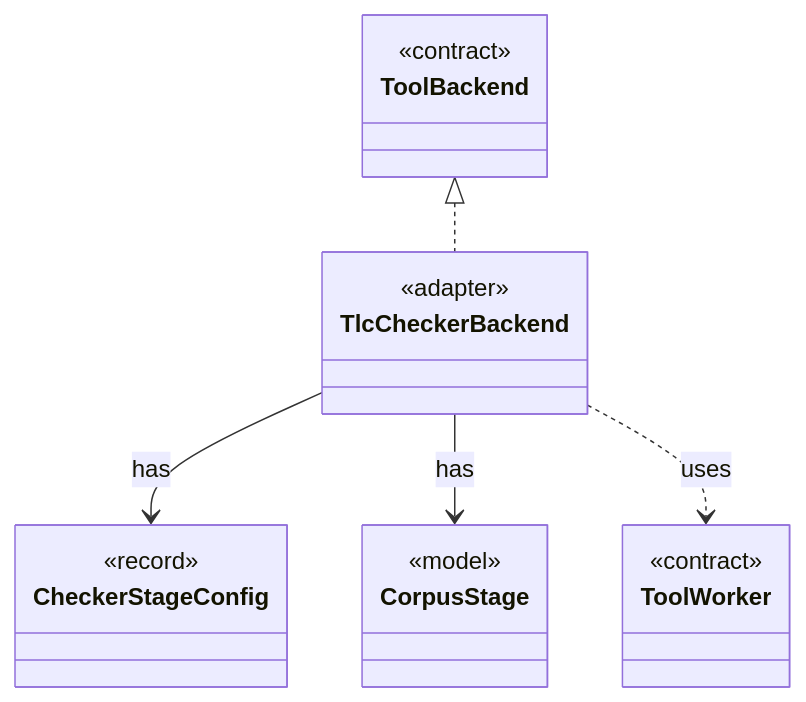
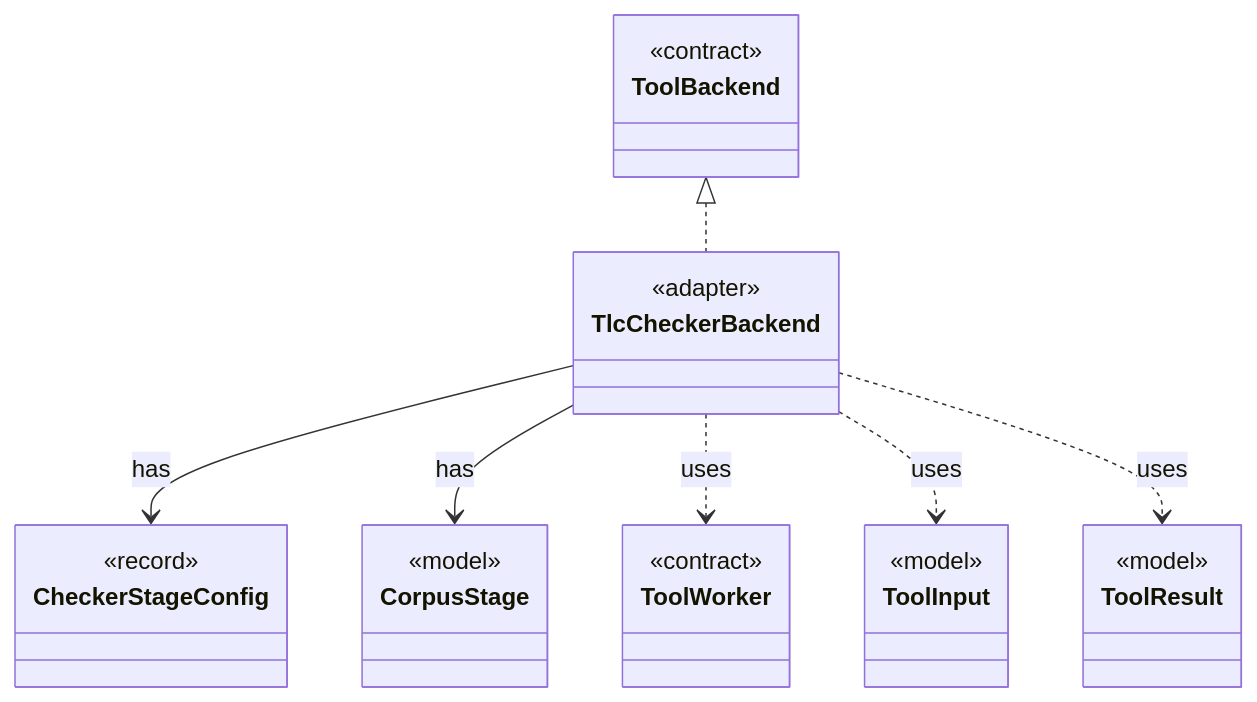
The diagram in dev/types/io.github.tlaplus.hardening.workflow.tlc.TlcCheckerBackend.md (tlaplus/model-checker-hardening), drawn with Mermaid before and after one commit. The commit also changed other lines of this file and 408 other files, not shown here.

````diff
--- a/dev/types/io.github.tlaplus.hardening.workflow.tlc.TlcCheckerBackend.md
+++ b/dev/types/io.github.tlaplus.hardening.workflow.tlc.TlcCheckerBackend.md
@@ -7,22 +7,30 @@
 ```mermaid
 classDiagram
   class TlcCheckerBackend {
     <<adapter>>
   }
   class ToolBackend {
     <<contract>>
   }
   class CheckerStageConfig {
     <<record>>
   }
   class CorpusStage {
     <<model>>
   }
   class ToolWorker {
     <<contract>>
   }
+  class ToolInput {
+    <<model>>
+  }
+  class ToolResult {
+    <<model>>
+  }
   ToolBackend <|.. TlcCheckerBackend
   TlcCheckerBackend --> CheckerStageConfig : has
   TlcCheckerBackend --> CorpusStage : has
   TlcCheckerBackend ..> ToolWorker : uses
+  TlcCheckerBackend ..> ToolInput : uses
+  TlcCheckerBackend ..> ToolResult : uses
 ```
````
